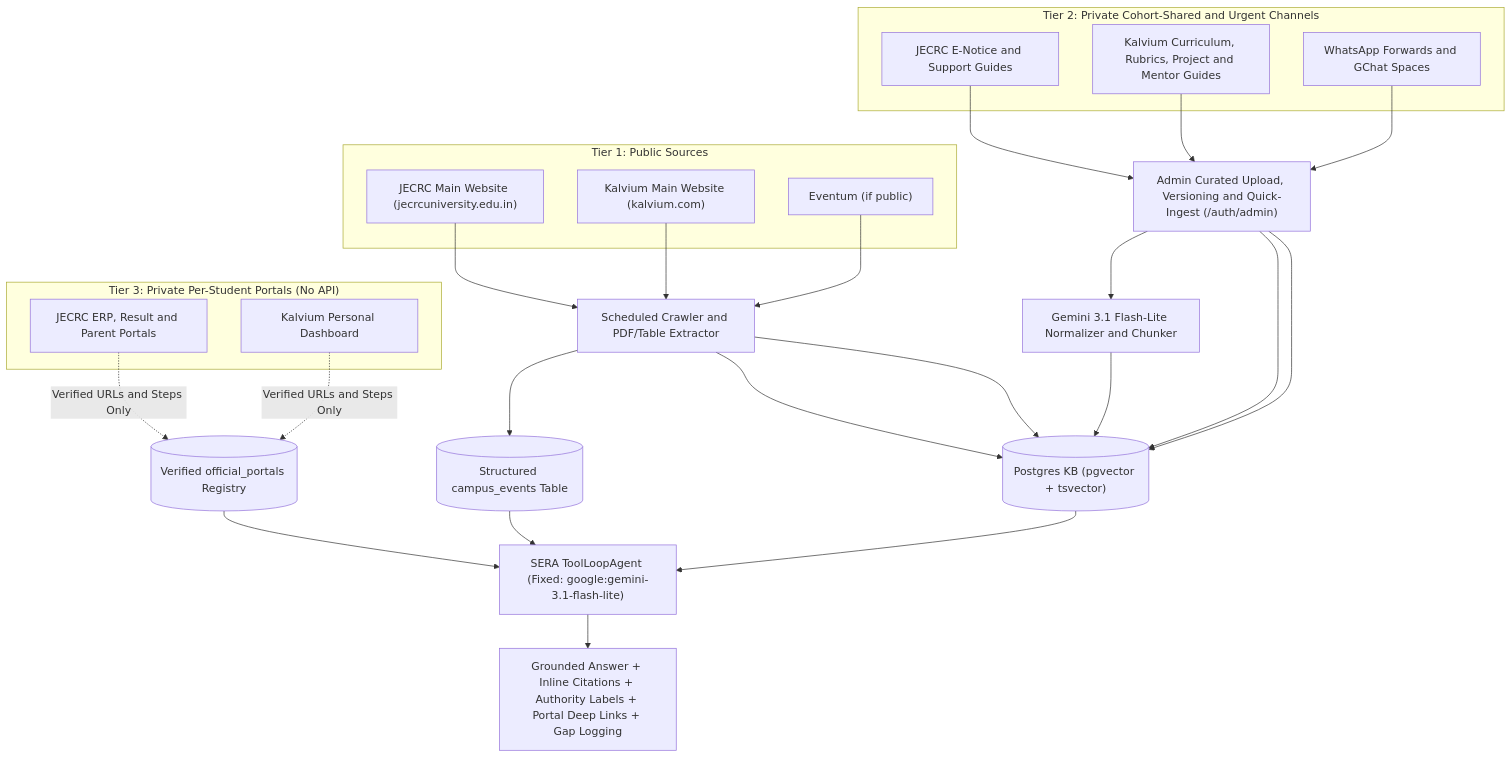
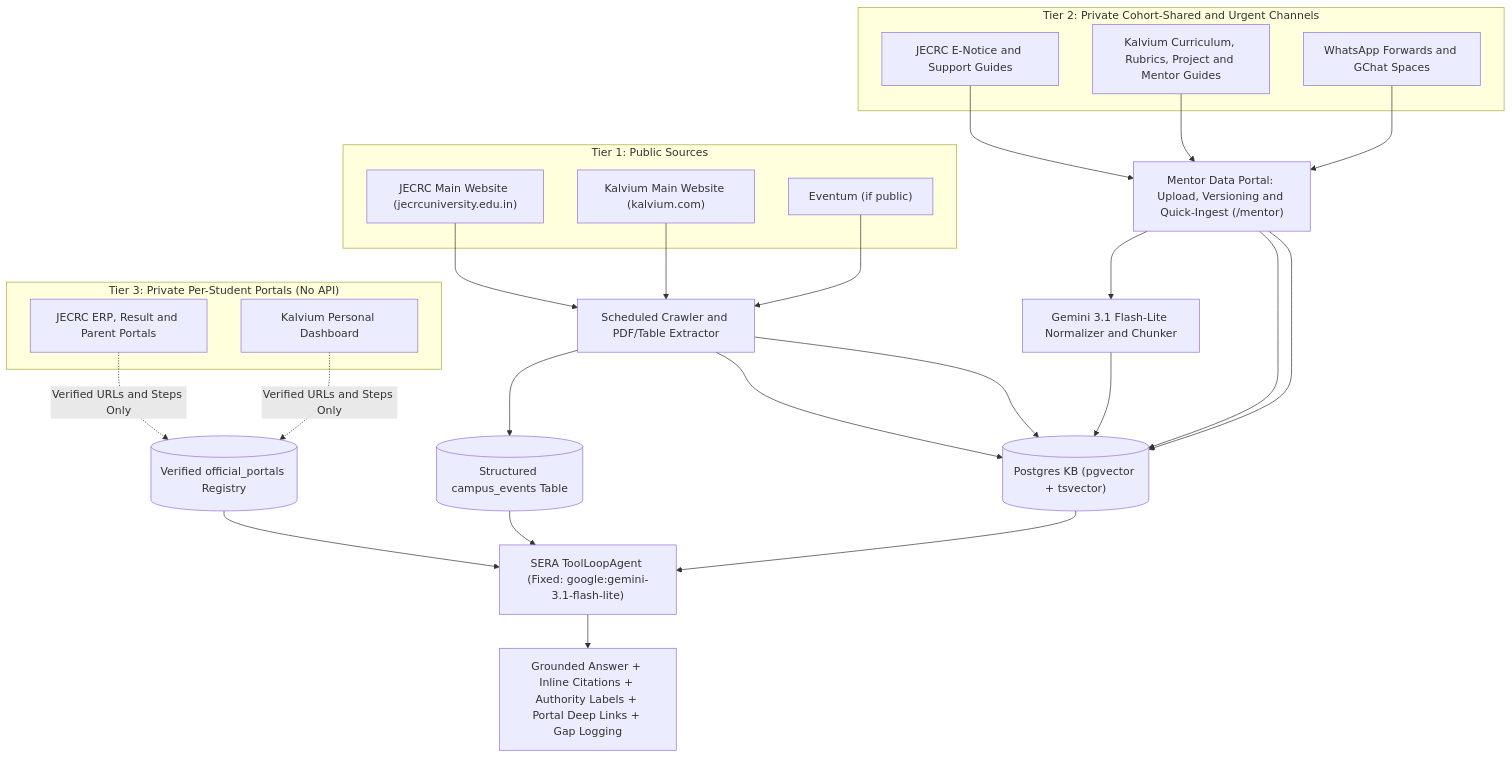
Before and after one commit to swarit-soni/infochat: the second of 2 diagrams in docs/DATA_SOURCES.md, drawn with Mermaid. The commit also changed other lines of this file and 17 other files, not shown here.

Commit message:
feat(auth): split student and mentor login and replace admin role with mentor portal

````diff
--- a/docs/DATA_SOURCES.md
+++ b/docs/DATA_SOURCES.md
@@ -177,46 +180,46 @@
 ```mermaid
 flowchart TD
     subgraph Tier1["Tier 1: Public Sources"]
         JECRC_WEB["JECRC Main Website (jecrcuniversity.edu.in)"]
         KAL_WEB["Kalvium Main Website (kalvium.com)"]
         EV_PUB["Eventum (if public)"]
     end
 
     subgraph Tier2["Tier 2: Private Cohort-Shared and Urgent Channels"]
         ENOTICE["JECRC E-Notice and Support Guides"]
         KAL_SHARED["Kalvium Curriculum, Rubrics, Project and Mentor Guides"]
         URGENT["WhatsApp Forwards and GChat Spaces"]
     end
 
     subgraph Tier3["Tier 3: Private Per-Student Portals (No API)"]
         ERP["JECRC ERP, Result and Parent Portals"]
         KAL_PERS["Kalvium Personal Dashboard"]
     end
 
     CRAWL["Scheduled Crawler and PDF/Table Extractor"]
-    ADMIN["Admin Curated Upload, Versioning and Quick-Ingest (/auth/admin)"]
+    MENTOR["Mentor Data Portal: Upload, Versioning and Quick-Ingest (/mentor)"]
     NORM["Gemini 3.1 Flash-Lite Normalizer and Chunker"]
 
     KB[("Postgres KB (pgvector + tsvector)")]
     EVENTS[("Structured campus_events Table")]
     PORTALS[("Verified official_portals Registry")]
 
     AGENT["SERA ToolLoopAgent (Fixed: google:gemini-3.1-flash-lite)"]
     OUT["Grounded Answer + Inline Citations + Authority Labels + Portal Deep Links + Gap Logging"]
 
     JECRC_WEB --> CRAWL --> KB
     KAL_WEB --> CRAWL --> KB
     EV_PUB --> CRAWL --> EVENTS
 
-    ENOTICE --> ADMIN --> KB
-    KAL_SHARED --> ADMIN --> KB
-    URGENT --> ADMIN --> NORM --> KB
+    ENOTICE --> MENTOR --> KB
+    KAL_SHARED --> MENTOR --> KB
+    URGENT --> MENTOR --> NORM --> KB
 
     ERP -.->|"Verified URLs and Steps Only"| PORTALS
     KAL_PERS -.->|"Verified URLs and Steps Only"| PORTALS
 
     KB --> AGENT
     EVENTS --> AGENT
     PORTALS --> AGENT
     AGENT --> OUT
 ```
````
